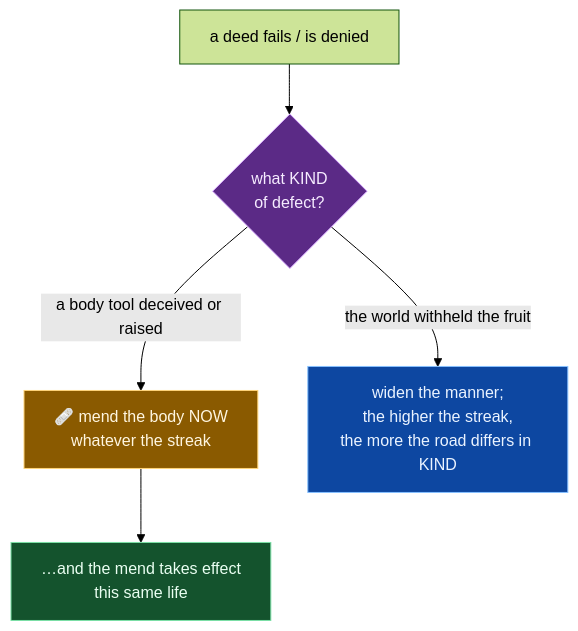
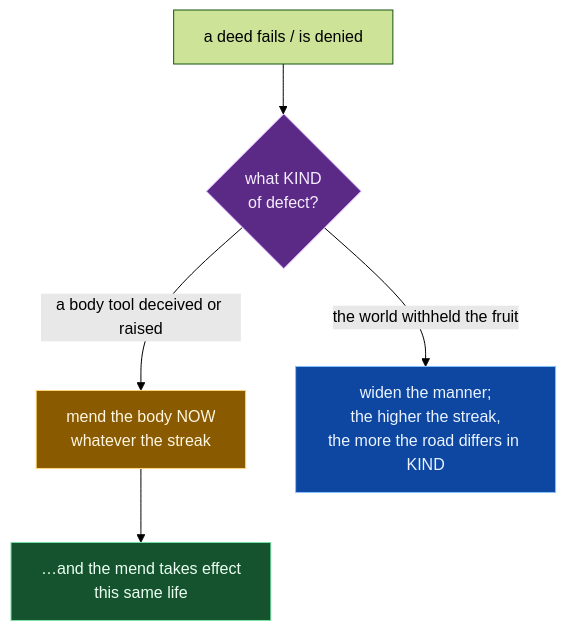
One commit to wgabrys88/endgame-ai changed diagram 11 of 17 in README.md. Above: the diagram before and after it, drawn with Mermaid (forest theme). The commit also changed other lines of this file, not shown here.

````diff
--- a/README.md
+++ b/README.md
@@ -395,11 +395,11 @@
 ```mermaid
 flowchart TB
     F["a deed fails / is denied"] --> K{what KIND<br/>of defect?}
-    K -->|"a body tool deceived or raised"| BODY["🩹 mend the body NOW<br/>whatever the streak"]
+    K -->|"a body tool deceived or raised"| BODY["mend the body NOW<br/>whatever the streak"]
     K -->|"the world withheld the fruit"| WORLD["widen the manner;<br/>the higher the streak,<br/>the more the road differs in KIND"]
     BODY --> SAME["…and the mend takes effect<br/>this same life"]
     style K fill:#5b2a86,stroke:#d7a9ff,color:#f6ecff
     style BODY fill:#8a5a00,stroke:#ffd479,color:#fff6e0
     style WORLD fill:#0d47a1,stroke:#87c1ff,color:#eaf3ff
     style SAME fill:#14532d,stroke:#7be0a6,color:#eafff2
 ```
````
